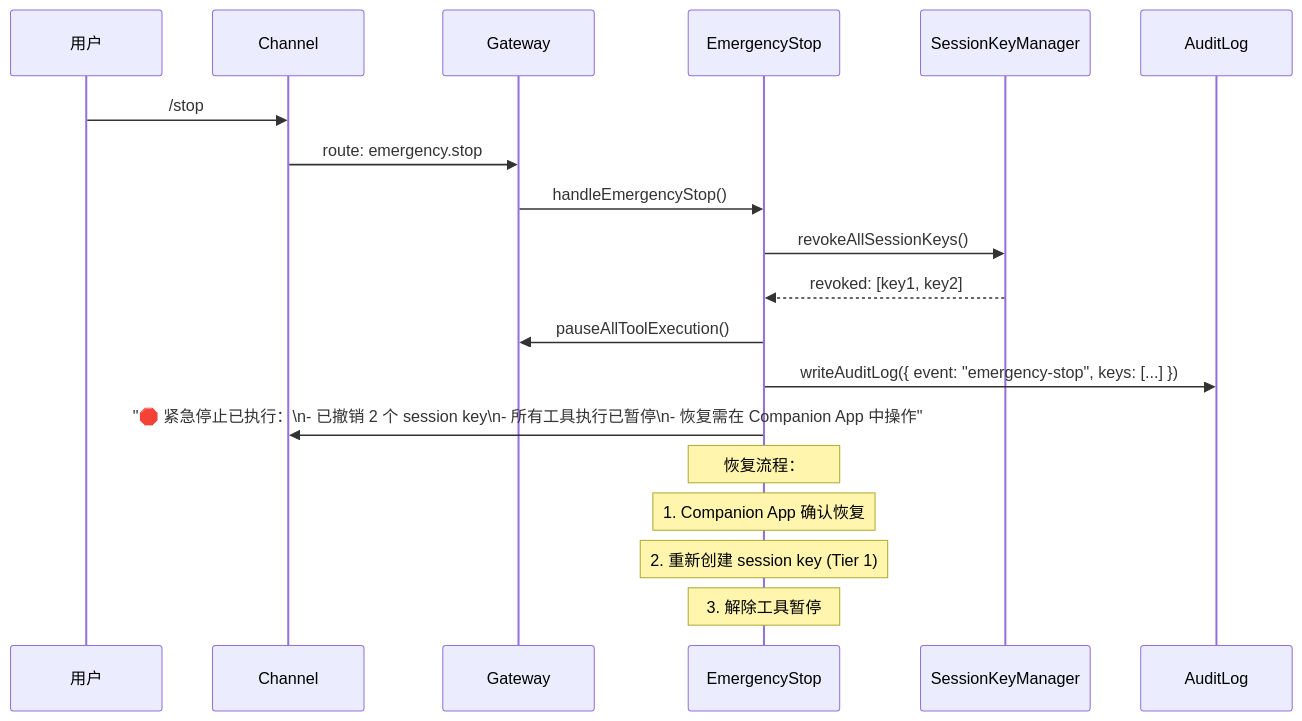
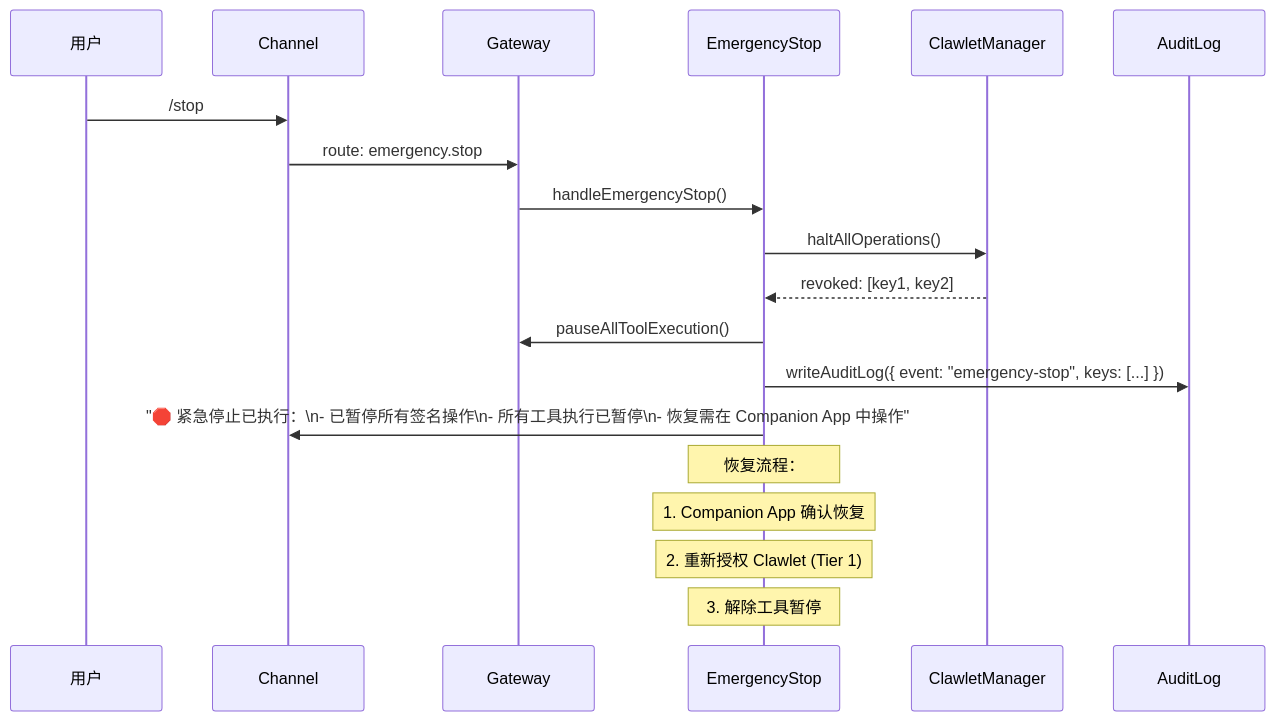
One commit to owliabot/owliabot changed the third of 3 diagrams in docs/design/tier-policy.md. Above: the diagram before and after it, drawn with Mermaid. The commit also changed other lines of this file and 3 other files, not shown here.

First line of the commit message:
refactor: remove session key references from policy and docs

````diff
--- a/docs/design/tier-policy.md
+++ b/docs/design/tier-policy.md
@@ -723,26 +714,26 @@
 ```mermaid
 sequenceDiagram
     participant U as 用户
     participant C as Channel
     participant G as Gateway
     participant E as EmergencyStop
-    participant SK as SessionKeyManager
+    participant SK as ClawletManager
     participant A as AuditLog
 
     U->>C: /stop
     C->>G: route: emergency.stop
     G->>E: handleEmergencyStop()
     
-    E->>SK: revokeAllSessionKeys()
+    E->>SK: haltAllOperations()
     SK-->>E: revoked: [key1, key2]
     
     E->>G: pauseAllToolExecution()
     E->>A: writeAuditLog({ event: "emergency-stop", keys: [...] })
     
-    E->>C: "🛑 紧急停止已执行：\n- 已撤销 2 个 session key\n- 所有工具执行已暂停\n- 恢复需在 Companion App 中操作"
+    E->>C: "🛑 紧急停止已执行：\n- 已暂停所有签名操作\n- 所有工具执行已暂停\n- 恢复需在 Companion App 中操作"
     
     Note over E: 恢复流程：
     Note over E: 1. Companion App 确认恢复
-    Note over E: 2. 重新创建 session key (Tier 1)
+    Note over E: 2. 重新授权 Clawlet (Tier 1)
     Note over E: 3. 解除工具暂停
 ```
````
